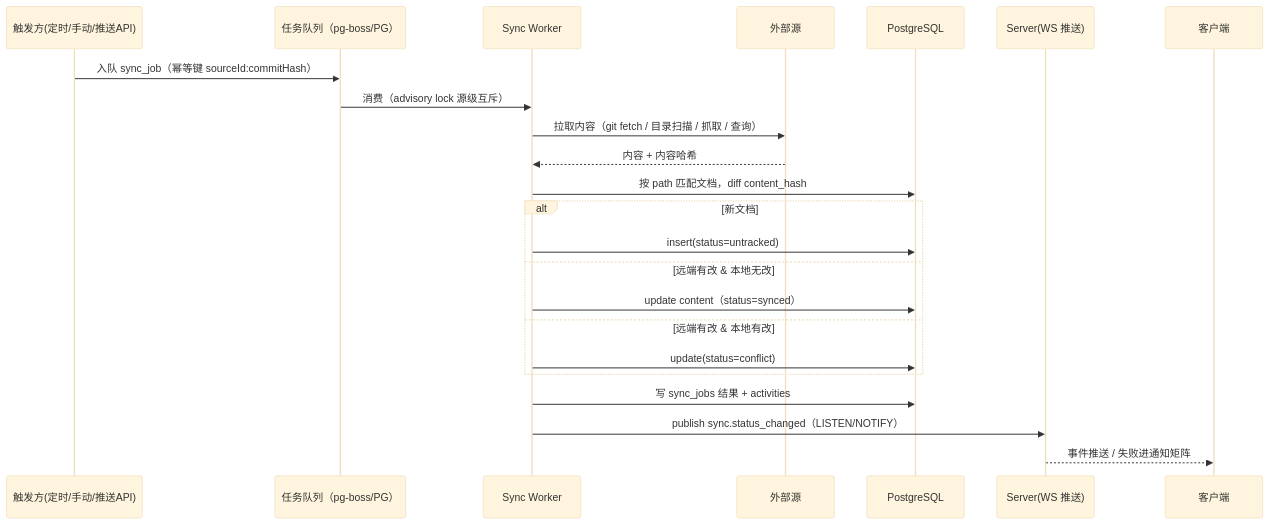
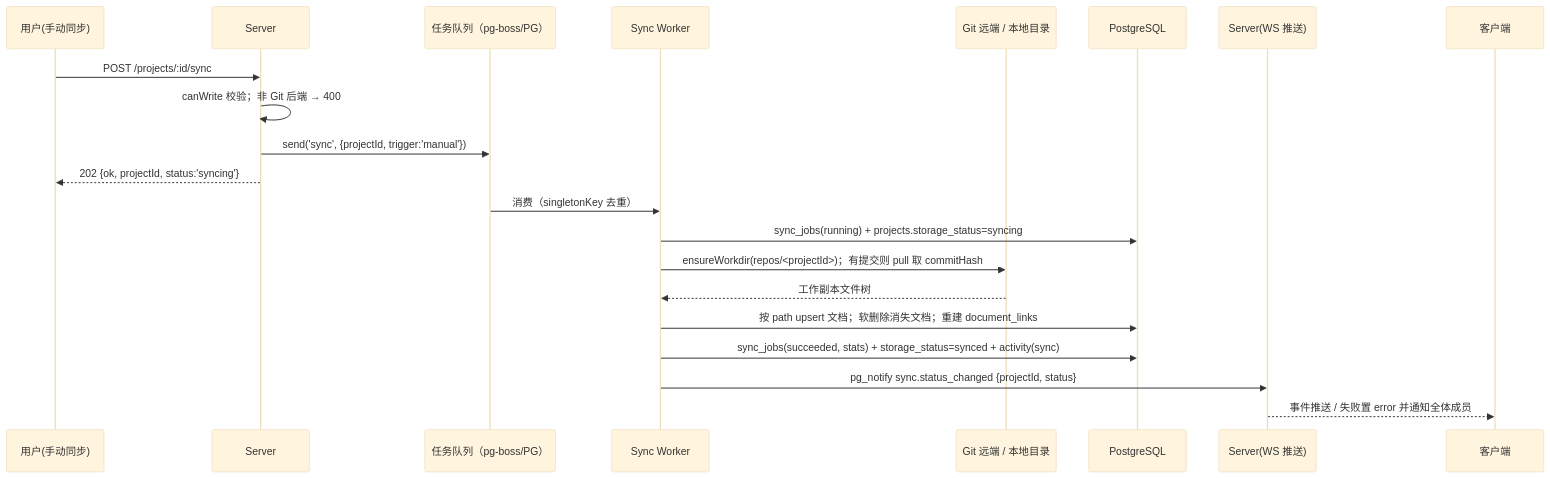
Before and after one commit to PorYoung/wiki-space: the third of 7 diagrams in docs/DESIGN.md, drawn with Mermaid (base theme). The commit also changed other lines of this file and 64 other files, not shown here.

````diff
--- a/docs/DESIGN.md
+++ b/docs/DESIGN.md
@@ -479,25 +463,23 @@
 ```mermaid
 sequenceDiagram
-    participant T as 触发方(定时/手动/推送API)
+    participant U as 用户(手动同步)
+    participant S as Server
     participant Q as 任务队列（pg-boss/PG）
     participant W as Sync Worker
-    participant SRC as 外部源
+    participant GIT as Git 远端 / 本地目录
     participant PG as PostgreSQL
     participant WS as Server(WS 推送)
 
-    T->>Q: 入队 sync_job（幂等键 sourceId:commitHash）
-    Q->>W: 消费（advisory lock 源级互斥）
-    W->>SRC: 拉取内容（git fetch / 目录扫描 / 抓取 / 查询）
-    SRC-->>W: 内容 + 内容哈希
-    W->>PG: 按 path 匹配文档，diff content_hash
-    alt 新文档
-        W->>PG: insert(status=untracked)
-    else 远端有改 & 本地无改
-        W->>PG: update content（status=synced）
-    else 远端有改 & 本地有改
-        W->>PG: update(status=conflict)
-    end
-    W->>PG: 写 sync_jobs 结果 + activities
-    W->>WS: publish sync.status_changed（LISTEN/NOTIFY）
-    WS-->>客户端: 事件推送 / 失败进通知矩阵
+    U->>S: POST /projects/:id/sync
+    S->>S: canWrite 校验；非 Git 后端 → 400
+    S->>Q: send('sync', {projectId, trigger:'manual'})
+    S-->>U: 202 {ok, projectId, status:'syncing'}
+    Q->>W: 消费（singletonKey 去重）
+    W->>PG: sync_jobs(running) + projects.storage_status=syncing
+    W->>GIT: ensureWorkdir(repos/<projectId>)；有提交则 pull 取 commitHash
+    GIT-->>W: 工作副本文件树
+    W->>PG: 按 path upsert 文档；软删除消失文档；重建 document_links
+    W->>PG: sync_jobs(succeeded, stats) + storage_status=synced + activity(sync)
+    W->>WS: pg_notify sync.status_changed {projectId, status}
+    WS-->>客户端: 事件推送 / 失败置 error 并通知全体成员
 ```
````
